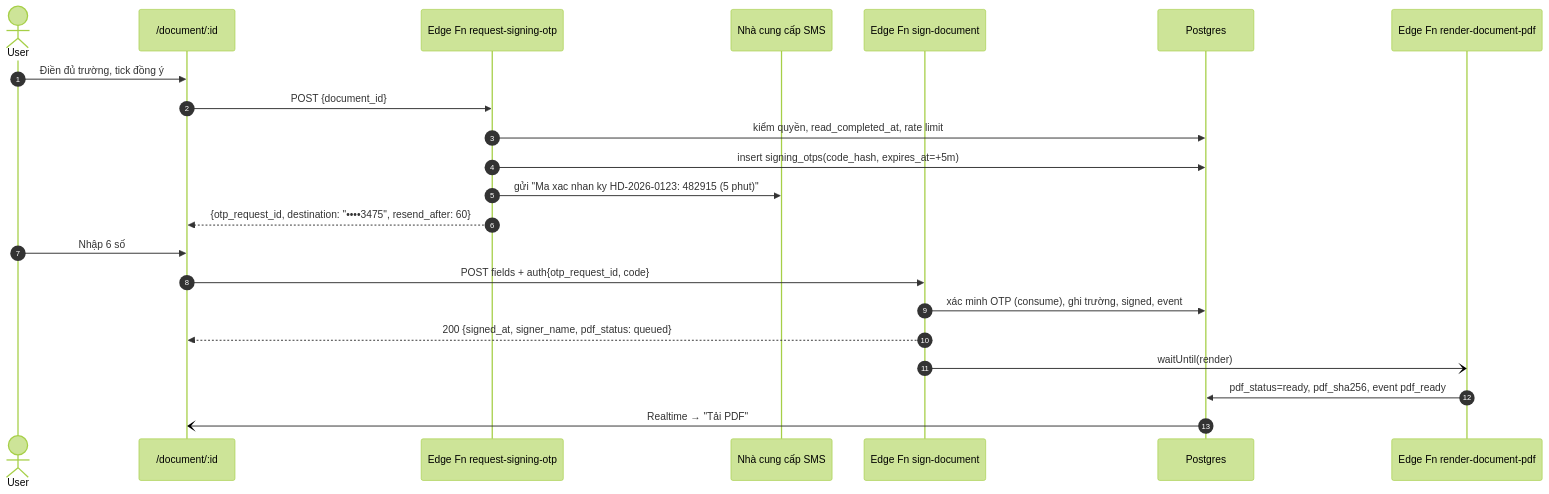
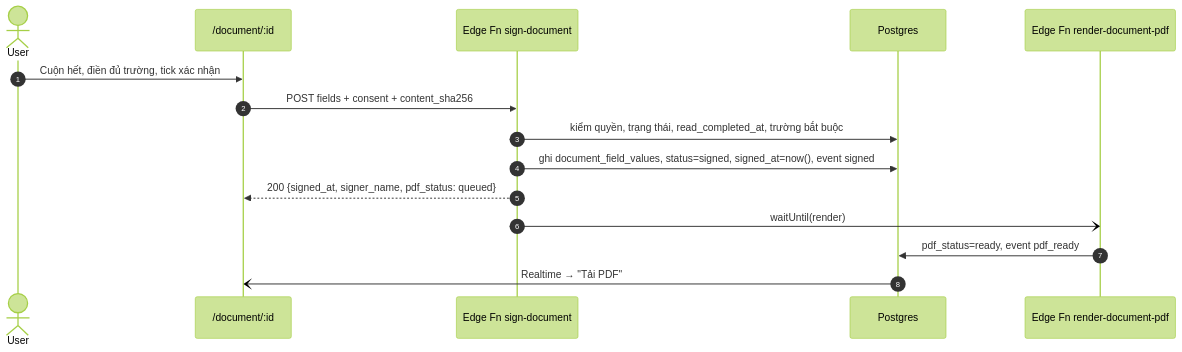
Before and after one commit to nclong1976/vin-casino: the fifth of 5 diagrams in docs/design/contract-management-spec.md, drawn with Mermaid (forest theme). The commit also changed other lines of this file, not shown here.

First line of the commit message:
Spec hợp đồng v3.1: bỏ OTP, chữ ký chỉ mang tính minh hoạ

````diff
--- a/docs/design/contract-management-spec.md
+++ b/docs/design/contract-management-spec.md
@@ -650,24 +621,17 @@
 ```mermaid
 sequenceDiagram
   autonumber
   actor U as User
   participant FE as /document/:id
-  participant OTP as Edge Fn request-signing-otp
-  participant SMS as Nhà cung cấp SMS
   participant SG as Edge Fn sign-document
   participant DB as Postgres
   participant PDF as Edge Fn render-document-pdf
-  U->>FE: Điền đủ trường, tick đồng ý
-  FE->>OTP: POST {document_id}
-  OTP->>DB: kiểm quyền, read_completed_at, rate limit
-  OTP->>DB: insert signing_otps(code_hash, expires_at=+5m)
-  OTP->>SMS: gửi "Ma xac nhan ky HD-2026-0123: 482915 (5 phut)"
-  OTP-->>FE: {otp_request_id, destination: "••••3475", resend_after: 60}
-  U->>FE: Nhập 6 số
-  FE->>SG: POST fields + auth{otp_request_id, code}
-  SG->>DB: xác minh OTP (consume), ghi trường, signed, event
+  U->>FE: Cuộn hết, điền đủ trường, tick xác nhận
+  FE->>SG: POST fields + consent + content_sha256
+  SG->>DB: kiểm quyền, trạng thái, read_completed_at, trường bắt buộc
+  SG->>DB: ghi document_field_values, status=signed, signed_at=now(), event signed
   SG-->>FE: 200 {signed_at, signer_name, pdf_status: queued}
   SG-)PDF: waitUntil(render)
-  PDF->>DB: pdf_status=ready, pdf_sha256, event pdf_ready
+  PDF->>DB: pdf_status=ready, event pdf_ready
   DB-)FE: Realtime → "Tải PDF"
 ```
````
